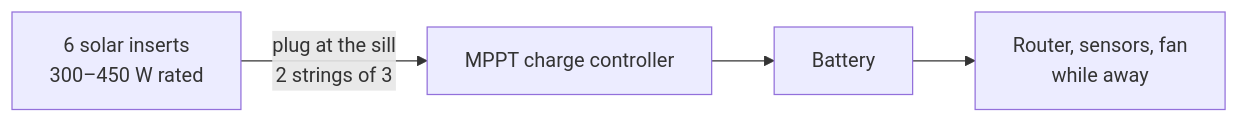
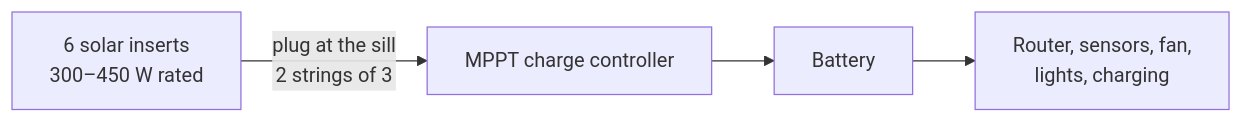
The second of 3 diagrams in docs/plans/2026-11-09-condo-639-balcony-screen-frame.md (wbniv/WorldFoundry), drawn with Mermaid before and after one commit. The commit also changed other lines of this file and 1 other file, not shown here.

````diff
--- a/docs/plans/2026-11-09-condo-639-balcony-screen-frame.md
+++ b/docs/plans/2026-11-09-condo-639-balcony-screen-frame.md
@@ -159,6 +159,6 @@
 ```mermaid
 flowchart LR
   P["6 solar inserts<br/>300–450 W rated"] -->|"plug at the sill<br/>2 strings of 3"| C["MPPT charge controller"]
   C --> B["Battery"]
-  B --> L["Router, sensors, fan<br/>while away"]
+  B --> L["Router, sensors, fan,<br/>lights, charging"]
 ```
````
